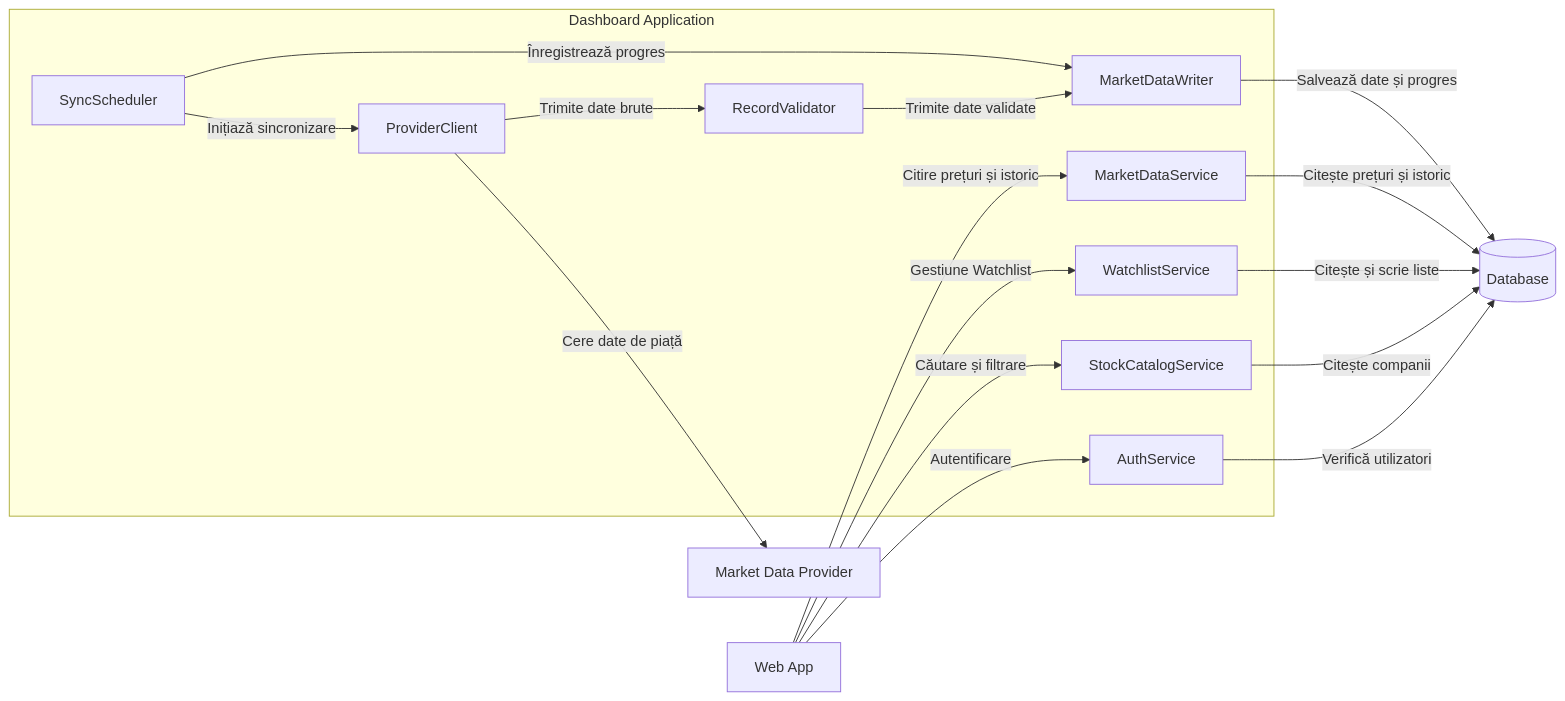
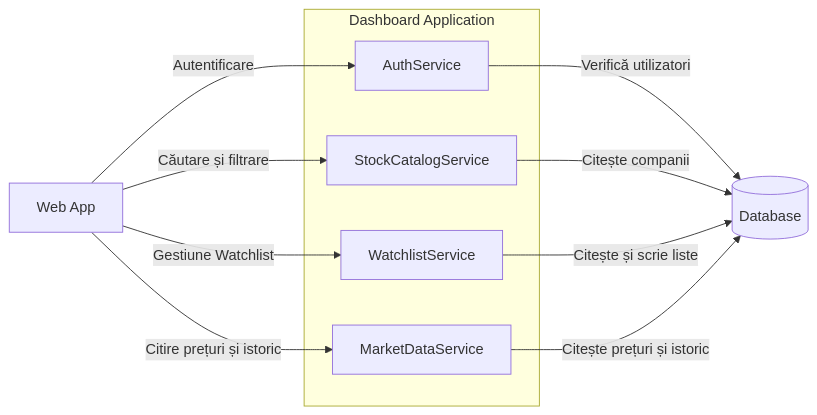
The third of 6 diagrams in SD/lab 3/README.md (victor10520/system-design-labs), drawn with Mermaid before and after one commit. The commit also changed other lines of this file and 1 other file, not shown here.

Commit message:
update lab3 and lab4 with separate market data collector container

````diff
--- a/SD/lab 3/README.md
+++ b/SD/lab 3/README.md
@@ -72,35 +77,22 @@
 ```mermaid
 flowchart LR
     web["Web App"]
     db[("Database")]
-    provider["Market Data Provider"]
 
     subgraph app["Dashboard Application"]
         auth["AuthService"]
         catalog["StockCatalogService"]
         watchlist["WatchlistService"]
         marketData["MarketDataService"]
-        scheduler["SyncScheduler"]
-        pClient["ProviderClient"]
-        validator["RecordValidator"]
-        writer["MarketDataWriter"]
-
-        scheduler -->|"Inițiază sincronizare"| pClient
-        pClient -->|"Trimite date brute"| validator
-        validator -->|"Trimite date validate"| writer
-        scheduler -->|"Înregistrează progres"| writer
     end
 
     web -->|"Autentificare"| auth
     web -->|"Căutare și filtrare"| catalog
     web -->|"Gestiune Watchlist"| watchlist
     web -->|"Citire prețuri și istoric"| marketData
 
     auth -->|"Verifică utilizatori"| db
     catalog -->|"Citește companii"| db
     watchlist -->|"Citește și scrie liste"| db
     marketData -->|"Citește prețuri și istoric"| db
-    writer -->|"Salvează date și progres"| db
-
-    pClient -->|"Cere date de piață"| provider
 ```
````
